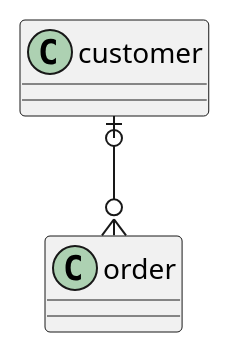
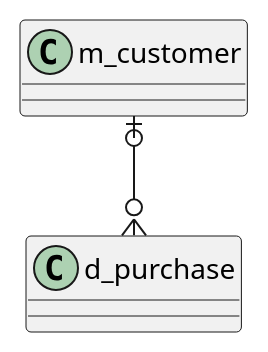
One commit to Aso2001363/2021sys-design changed the sixth of 6 diagrams in kadai23.md. Above: the diagram before and after it, drawn with PlantUML.

````diff
--- a/kadai23.md
+++ b/kadai23.md
@@ -69,5 +69,5 @@
 ```uml
 @startuml
-customer       |o--o{     order 
+m_customer       |o--o{     d_purchase 
 @enduml
 ```
````
